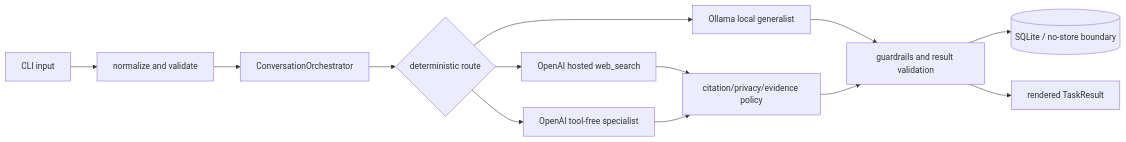
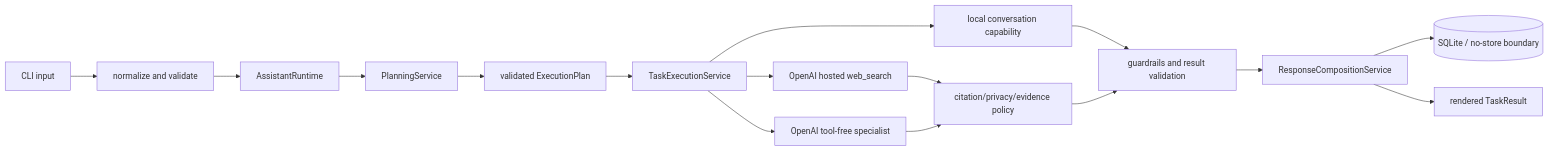
The diagram in docs/PROJECT_CONTEXT.md (KhoaDao03/Project), drawn with Mermaid before and after one commit. The commit also changed other lines of this file and 37 other files, not shown here.

````diff
--- a/docs/PROJECT_CONTEXT.md
+++ b/docs/PROJECT_CONTEXT.md
@@ -246,15 +263,18 @@
 ```mermaid
 flowchart LR
   CLI[CLI input] --> V[normalize and validate]
-  V --> O[ConversationOrchestrator]
-  O --> R{deterministic route}
-  R --> L[Ollama local generalist]
+  V --> O[AssistantRuntime]
+  O --> P0[PlanningService]
+  P0 --> P[validated ExecutionPlan]
+  P --> R[TaskExecutionService]
+  R --> L[local conversation capability]
   R --> W[OpenAI hosted web_search]
   R --> S[OpenAI tool-free specialist]
-  W --> P[citation/privacy/evidence policy]
-  S --> P
+  W --> Q[citation/privacy/evidence policy]
+  S --> Q
   L --> G[guardrails and result validation]
-  P --> G
-  G --> DB[(SQLite / no-store boundary)]
-  G --> OUT[rendered TaskResult]
+  Q --> G
+  G --> C[ResponseCompositionService]
+  C --> DB[(SQLite / no-store boundary)]
+  C --> OUT[rendered TaskResult]
 ```
````
